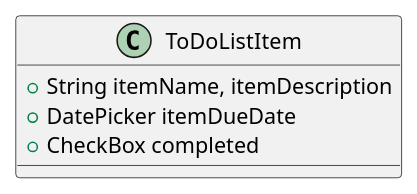
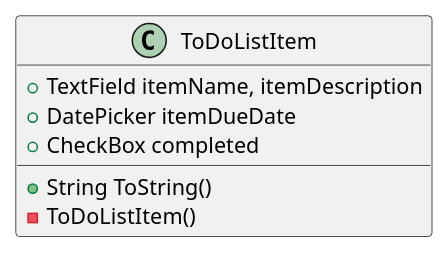
Before and after one commit to rossbrinkman/brinkman-cop3330-assignment4part2: the diagram in uml/ToDoListItem.puml, drawn with PlantUML. The commit also changed 13 other files, not shown here.

```diff
--- a/uml/ToDoListItem.puml
+++ b/uml/ToDoListItem.puml
@@ -1,10 +1,13 @@
 @startuml
 'https://plantuml.com/class-diagram
 
 class ToDoListItem
 {
-    +String itemName, itemDescription
+    +TextField itemName, itemDescription
     +DatePicker itemDueDate
     +CheckBox completed
+
+    +String ToString()
+    -ToDoListItem()
 }
 @enduml
```
